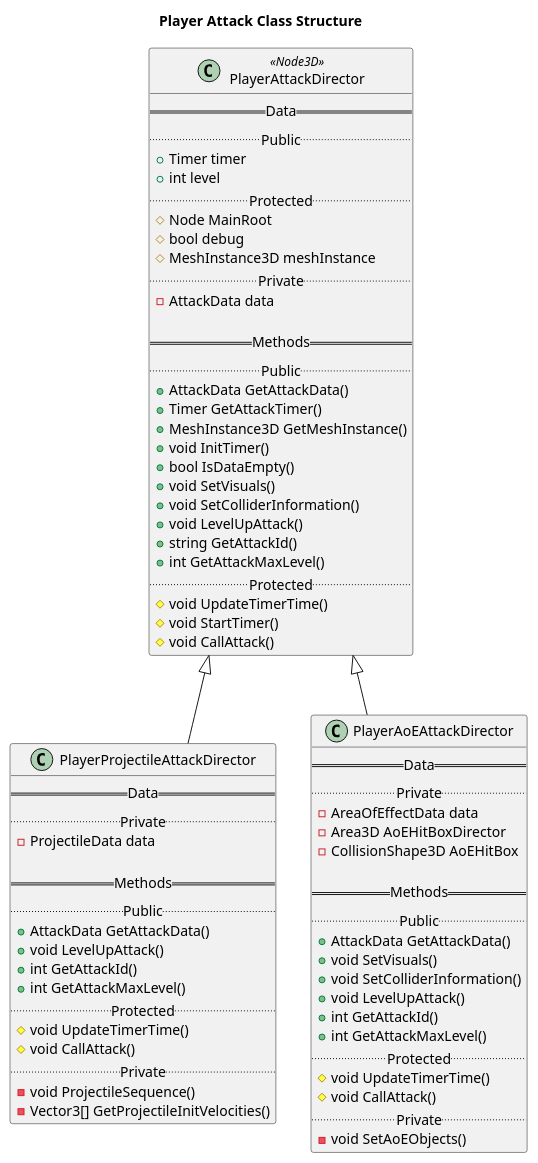
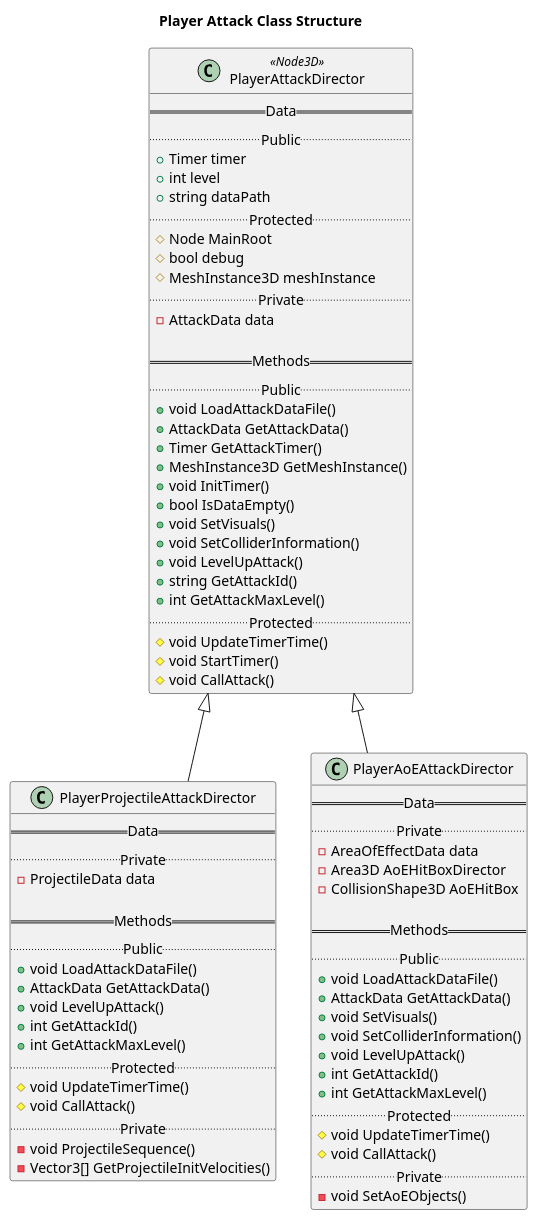
One commit to kjtkanaly/Roguelike-Shoot-Em-Up changed the diagram in UML-Diagrams/src/Player_Attack_Class_Struct.puml. Above: the diagram before and after it, drawn with PlantUML. The commit also changed 1 other file, not shown here.

Commit message:
Removed a print statement form the attack level up method. And updated the attack documentation.

```diff
--- a/UML-Diagrams/src/Player_Attack_Class_Struct.puml
+++ b/UML-Diagrams/src/Player_Attack_Class_Struct.puml
@@ -1,79 +1,83 @@
 @startuml Player Attack Class Structure
 
 title Player Attack Class Structure
 
 class PlayerAttackDirector <<Node3D>>{
     == Data ==
     .. Public ..
     + Timer timer
     + int level
+    + string dataPath
     .. Protected ..
     # Node MainRoot
     # bool debug
     # MeshInstance3D meshInstance
     .. Private ..
     - AttackData data
 
     == Methods ==
     .. Public ..
+    + void LoadAttackDataFile()
     + AttackData GetAttackData()
     + Timer GetAttackTimer()
     + MeshInstance3D GetMeshInstance()
     + void InitTimer()
     + bool IsDataEmpty()
     + void SetVisuals()
     + void SetColliderInformation()
     + void LevelUpAttack()
     + string GetAttackId()
     + int GetAttackMaxLevel()
     .. Protected ..
     # void UpdateTimerTime()
     # void StartTimer()
     # void CallAttack()
 }
 
 class PlayerProjectileAttackDirector {
     == Data ==
     .. Private ..
     - ProjectileData data
 
     == Methods ==
     .. Public ..
+    + void LoadAttackDataFile()
     + AttackData GetAttackData()
     + void LevelUpAttack()
     + int GetAttackId()
     + int GetAttackMaxLevel()
     .. Protected ..
     # void UpdateTimerTime()
     # void CallAttack()
     .. Private ..
     - void ProjectileSequence()
     - Vector3[] GetProjectileInitVelocities()
 }
 
 class PlayerAoEAttackDirector {
     == Data ==
     .. Private ..
     - AreaOfEffectData data
     - Area3D AoEHitBoxDirector
     - CollisionShape3D AoEHitBox
 
     == Methods ==
     .. Public ..
+    + void LoadAttackDataFile()
     + AttackData GetAttackData()
     + void SetVisuals()
     + void SetColliderInformation()
     + void LevelUpAttack()
     + int GetAttackId()
     + int GetAttackMaxLevel()
     .. Protected ..
     # void UpdateTimerTime()
     # void CallAttack()
     .. Private ..
     - void SetAoEObjects()
 }
 
 PlayerAttackDirector <|-- PlayerProjectileAttackDirector
 PlayerAttackDirector <|-- PlayerAoEAttackDirector
 
 @enduml
```
